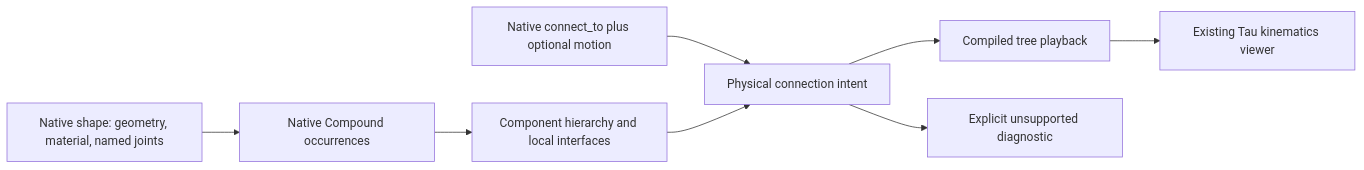
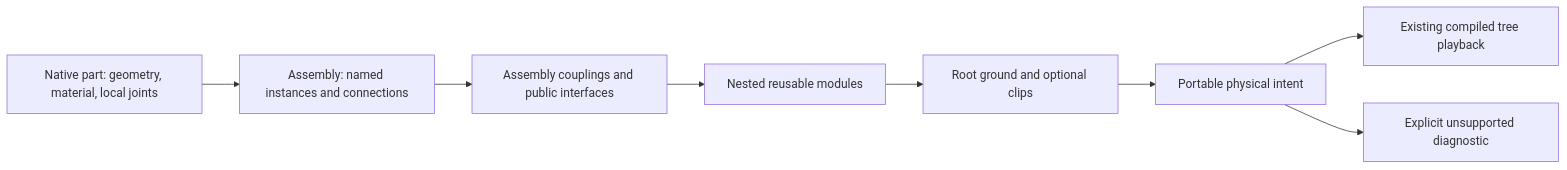
Before and after one commit to taucad/tau: the diagram in docs/architecture/build123d-mechanisms.md, drawn with Mermaid. The commit also changed other lines of this file and 5 other files, not shown here.

````diff
--- a/docs/architecture/build123d-mechanisms.md
+++ b/docs/architecture/build123d-mechanisms.md
@@ -15,10 +15,10 @@
 ```mermaid
 flowchart LR
-  A[Native shape: geometry, material, named joints] --> B[Native Compound occurrences]
-  B --> C[Component hierarchy and local interfaces]
-  D[Native connect_to plus optional motion] --> E[Physical connection intent]
-  C --> E
-  E --> F[Compiled tree playback]
-  E --> G[Explicit unsupported diagnostic]
-  F --> H[Existing Tau kinematics viewer]
+  P[Native part: geometry, material, local joints] --> A[Assembly: named instances and connections]
+  A --> C[Assembly couplings and public interfaces]
+  C --> N[Nested reusable modules]
+  N --> R[Root ground and optional clips]
+  R --> I[Portable physical intent]
+  I --> T[Existing compiled tree playback]
+  I --> D[Explicit unsupported diagnostic]
 ```
````
